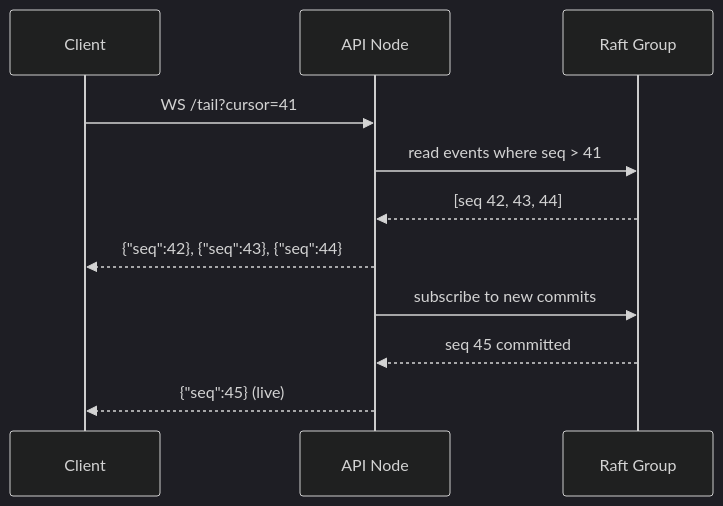
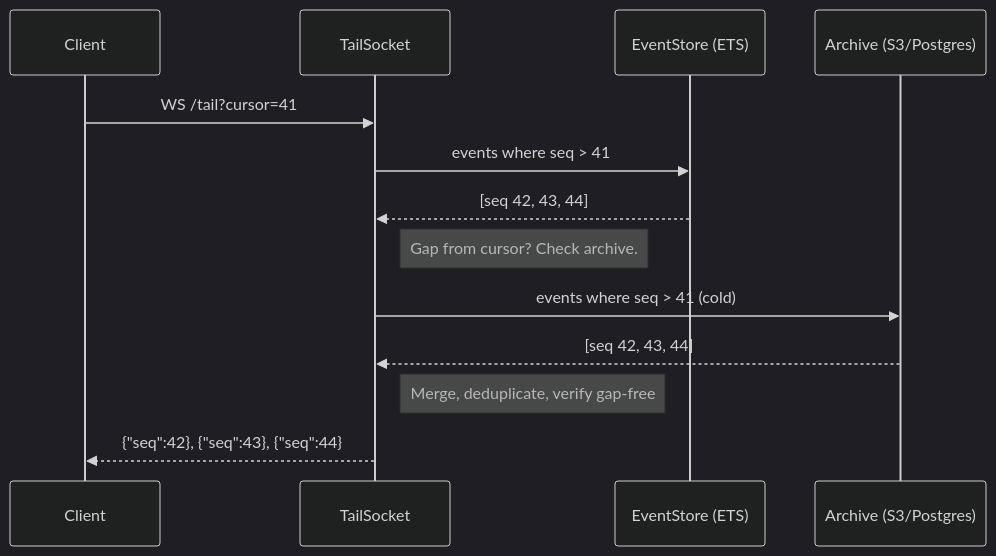
The third of 5 diagrams in docs/architecture.md (fastpaca/starcite), drawn with Mermaid (dark theme) before and after one commit. The commit also changed other lines of this file and 2 other files, not shown here.

First line of the commit message:
Fix read path docs and remove fabricated "free tier" claims

````diff
--- a/docs/architecture.md
+++ b/docs/architecture.md
@@ -81,14 +85,16 @@
 ```mermaid
 sequenceDiagram
     participant C as Client
-    participant A as API Node
-    participant R as Raft Group
+    participant T as TailSocket
+    participant E as EventStore (ETS)
+    participant A as Archive (S3/Postgres)
 
-    C->>A: WS /tail?cursor=41
-    A->>R: read events where seq > 41
-    R-->>A: [seq 42, 43, 44]
-    A-->>C: {"seq":42}, {"seq":43}, {"seq":44}
-    A->>R: subscribe to new commits
-    R-->>A: seq 45 committed
-    A-->>C: {"seq":45} (live)
+    C->>T: WS /tail?cursor=41
+    T->>E: events where seq > 41
+    E-->>T: [seq 42, 43, 44]
+    Note right of T: Gap from cursor? Check archive.
+    T->>A: events where seq > 41 (cold)
+    A-->>T: [seq 42, 43, 44]
+    Note right of T: Merge, deduplicate, verify gap-free
+    T-->>C: {"seq":42}, {"seq":43}, {"seq":44}
 ```
````
